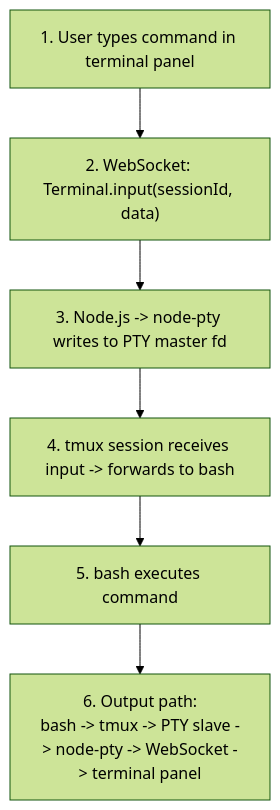
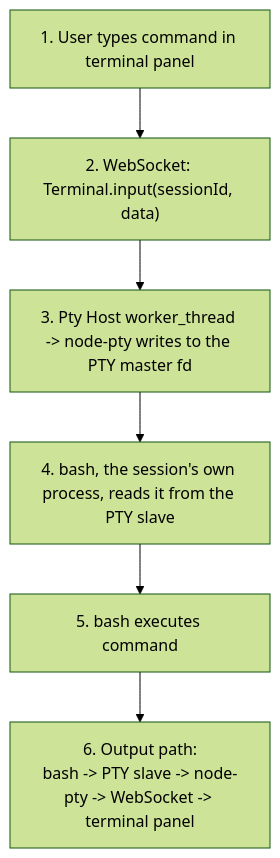
Before and after one commit to cuixinyuan666/vscodroid: the tenth of 12 diagrams in docs/03-ARCHITECTURE.md, drawn with Mermaid (forest theme). The commit also changed other lines of this file and 11 other files, not shown here.

````diff
--- a/docs/03-ARCHITECTURE.md
+++ b/docs/03-ARCHITECTURE.md
@@ -401,8 +400,8 @@
 ```mermaid
 flowchart TD
   A["1. User types command in terminal panel"] --> B["2. WebSocket: Terminal.input(sessionId, data)"]
-  B --> C["3. Node.js -> node-pty writes to PTY master fd"]
-  C --> D["4. tmux session receives input -> forwards to bash"]
+  B --> C["3. Pty Host worker_thread -> node-pty writes to the PTY master fd"]
+  C --> D["4. bash, the session's own process, reads it from the PTY slave"]
   D --> E["5. bash executes command"]
-  E --> F["6. Output path:<br/>bash -> tmux -> PTY slave -> node-pty -> WebSocket -> terminal panel"]
+  E --> F["6. Output path:<br/>bash -> PTY slave -> node-pty -> WebSocket -> terminal panel"]
 ```
````
